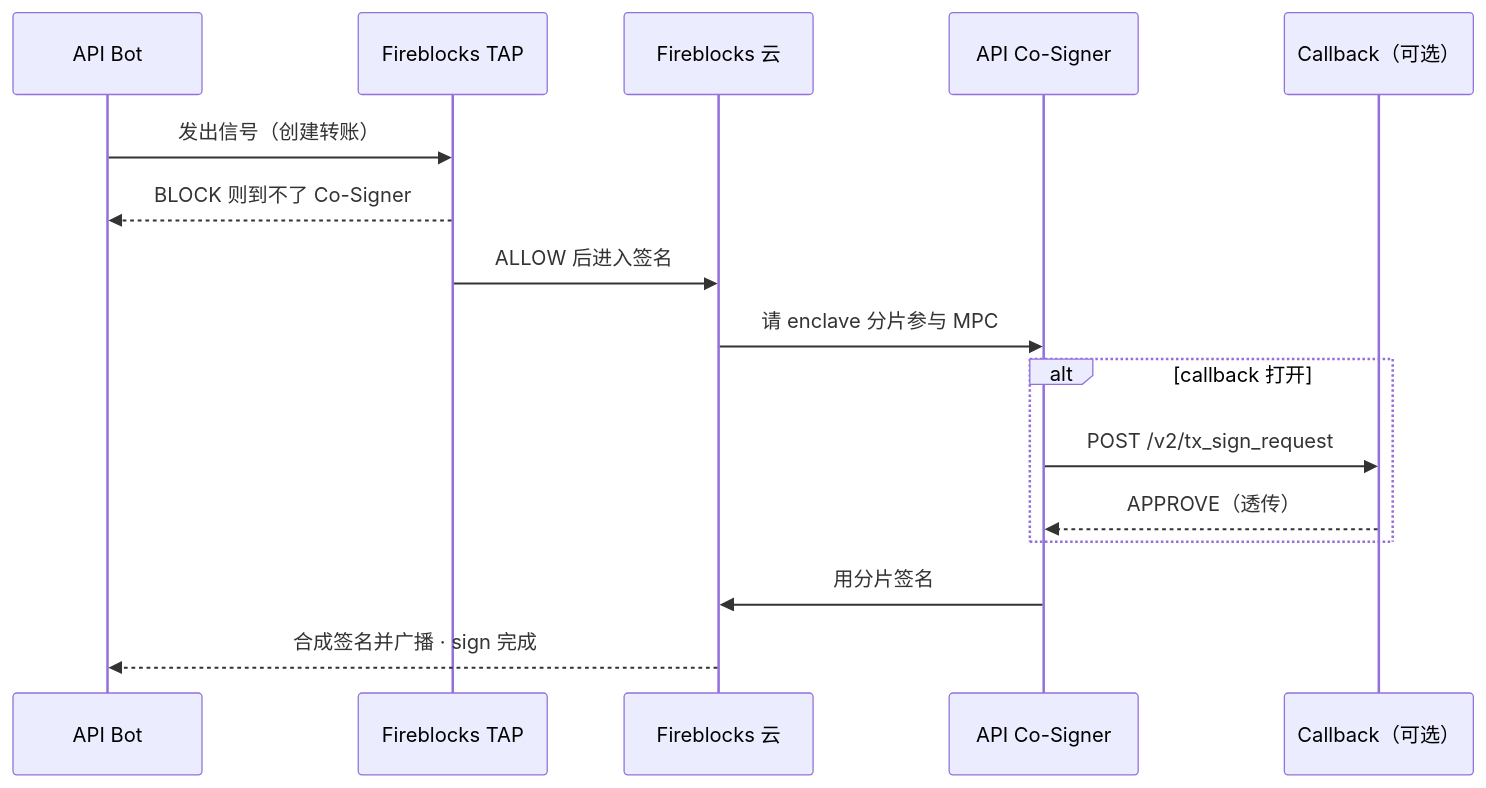
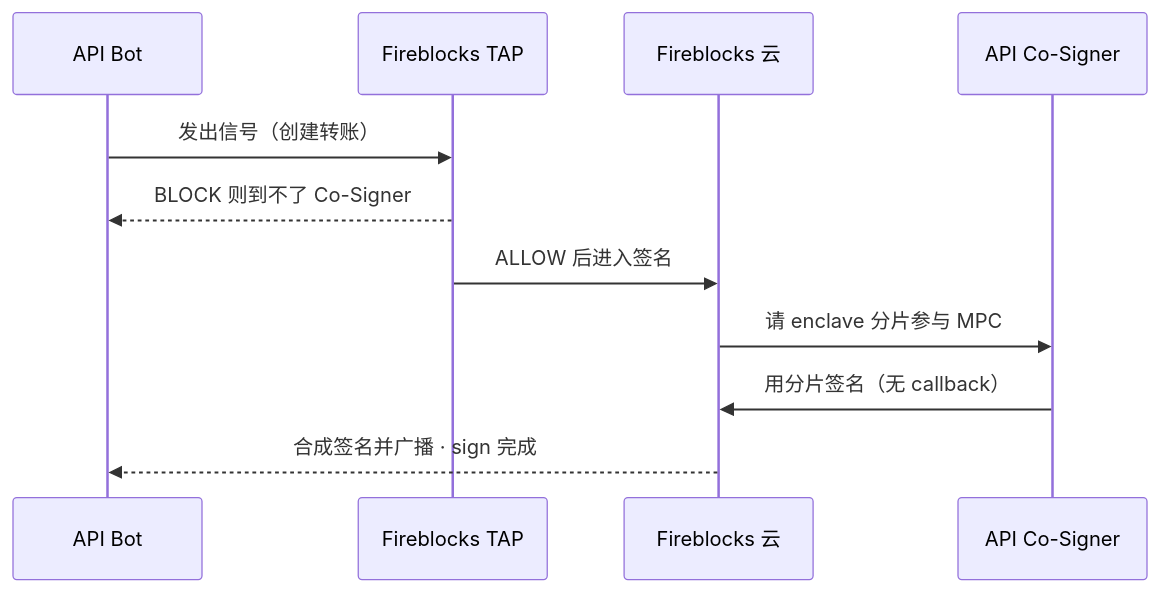
One commit to JellyCWenning/signet changed the diagram in README.md. Above: the diagram before and after it, drawn with Mermaid. The commit also changed other lines of this file and 15 other files, not shown here.

````diff
--- a/README.md
+++ b/README.md
@@ -9,19 +9,14 @@
 ```mermaid
 sequenceDiagram
   participant Bot as API Bot
   participant TAP as Fireblocks TAP
   participant FB as Fireblocks 云
   participant CS as API Co-Signer
-  participant CB as Callback（可选）
 
   Bot->>TAP: 发出信号（创建转账）
   TAP-->>Bot: BLOCK 则到不了 Co-Signer
   TAP->>FB: ALLOW 后进入签名
   FB->>CS: 请 enclave 分片参与 MPC
-  alt callback 打开
-    CS->>CB: POST /v2/tx_sign_request
-    CB-->>CS: APPROVE（透传）
-  end
-  CS->>FB: 用分片签名
+  CS->>FB: 用分片签名（无 callback）
   FB-->>Bot: 合成签名并广播 · sign 完成
 ```
````
